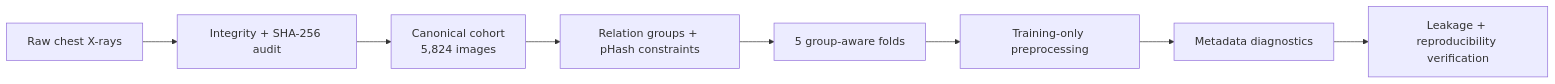
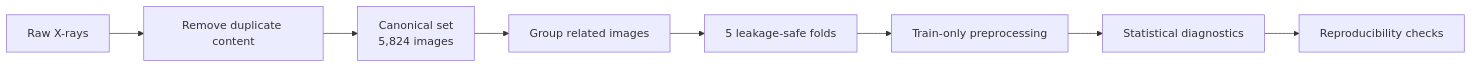
One commit to Elie-Bitonda/AI-Pneumonia-Project changed the diagram in README.md. Above: the diagram before and after it, drawn with Mermaid. The commit also changed other lines of this file, not shown here.

````diff
--- a/README.md
+++ b/README.md
@@ -23,10 +17,10 @@
 ```mermaid
 flowchart LR
-    A[Raw chest X-rays] --> B[Integrity + SHA-256 audit]
-    B --> C[Canonical cohort<br/>5,824 images]
-    C --> D[Relation groups + pHash constraints]
-    D --> E[5 group-aware folds]
-    E --> F[Training-only preprocessing]
-    F --> G[Metadata diagnostics]
-    G --> H[Leakage + reproducibility verification]
+    A[Raw X-rays] --> B[Remove duplicate content]
+    B --> C[Canonical set<br/>5,824 images]
+    C --> D[Group related images]
+    D --> E[5 leakage-safe folds]
+    E --> F[Train-only preprocessing]
+    F --> G[Statistical diagnostics]
+    G --> H[Reproducibility checks]
 ```
````
